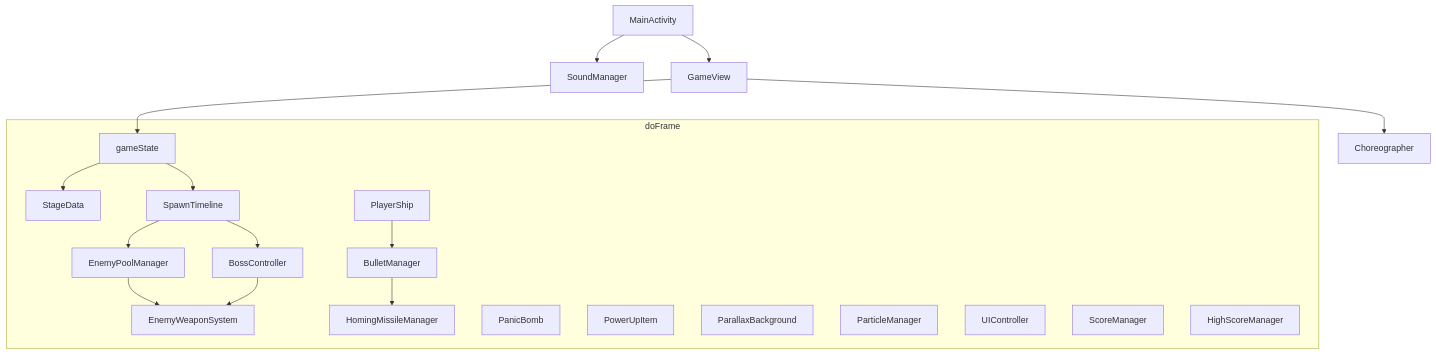
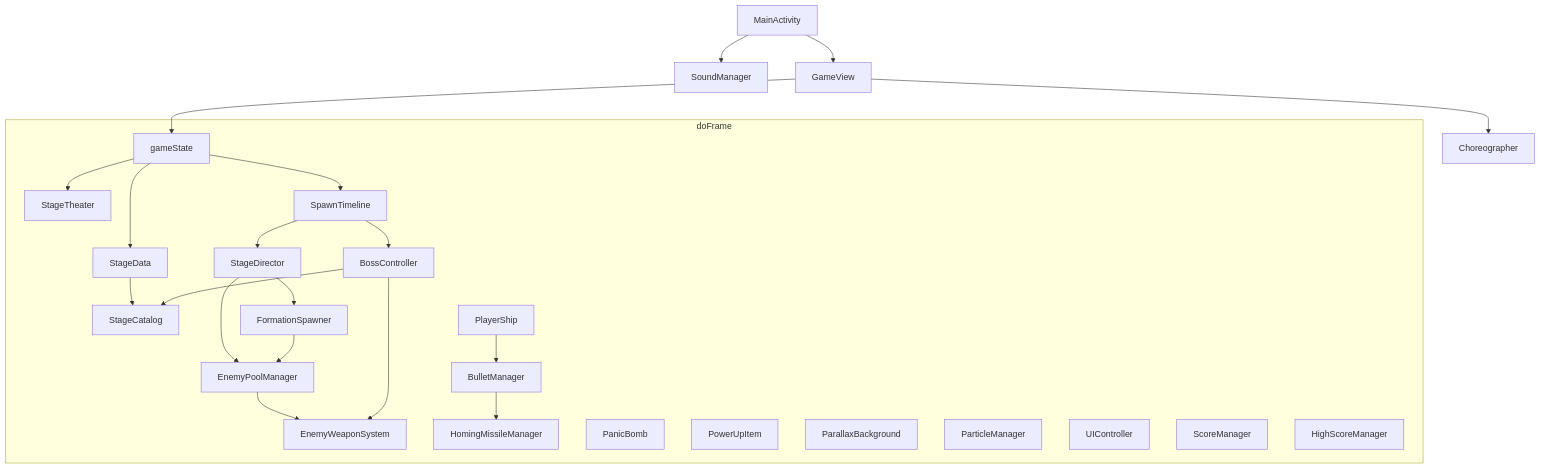
One commit to ccolteu/strikers changed the diagram in README.md. Above: the diagram before and after it, drawn with Mermaid. The commit also changed other lines of this file and 63 other files, not shown here.

Commit message:
stage expansion architecture

````diff
--- a/README.md
+++ b/README.md
@@ -77,37 +78,47 @@
 ```mermaid
 flowchart TB
   MA[MainActivity]
   SM[SoundManager]
   GV[GameView]
   CH[Choreographer]
   MA --> SM
   MA --> GV
   GV --> CH
   subgraph frame["doFrame"]
     ST[gameState]
     SD[StageData]
+    SC[StageCatalog]
+    TH[StageTheater]
     TL[SpawnTimeline]
+    DR[StageDirector]
+    FS[FormationSpawner]
     EN[EnemyPoolManager]
     EW[EnemyWeaponSystem]
     BS[BossController]
     PL[PlayerShip]
     BL[BulletManager]
     HM[HomingMissileManager]
     PB[PanicBomb]
     PU[PowerUpItem]
     PA[ParallaxBackground]
     PT[ParticleManager]
     UI[UIController]
     SCR[ScoreManager]
     HS[HighScoreManager]
   end
   GV --> ST
   ST --> SD
+  SD --> SC
+  ST --> TH
   ST --> TL
-  TL --> EN
+  TL --> DR
+  DR --> FS
+  DR --> EN
+  FS --> EN
   TL --> BS
+  BS --> SC
   EN --> EW
   BS --> EW
   PL --> BL
   BL --> HM
 ```
````
